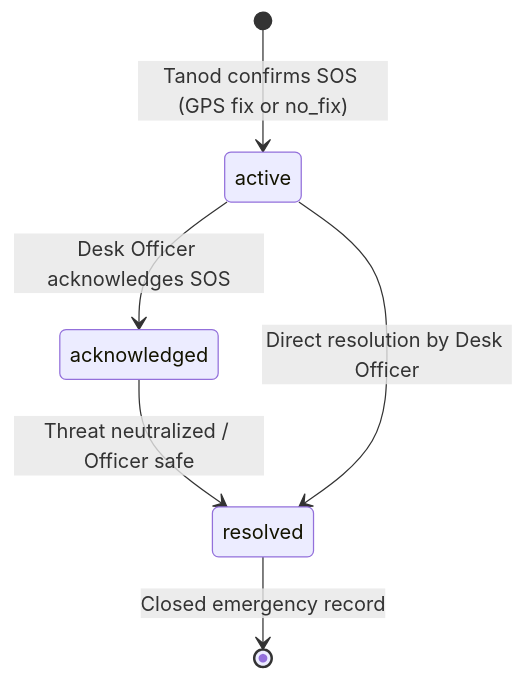
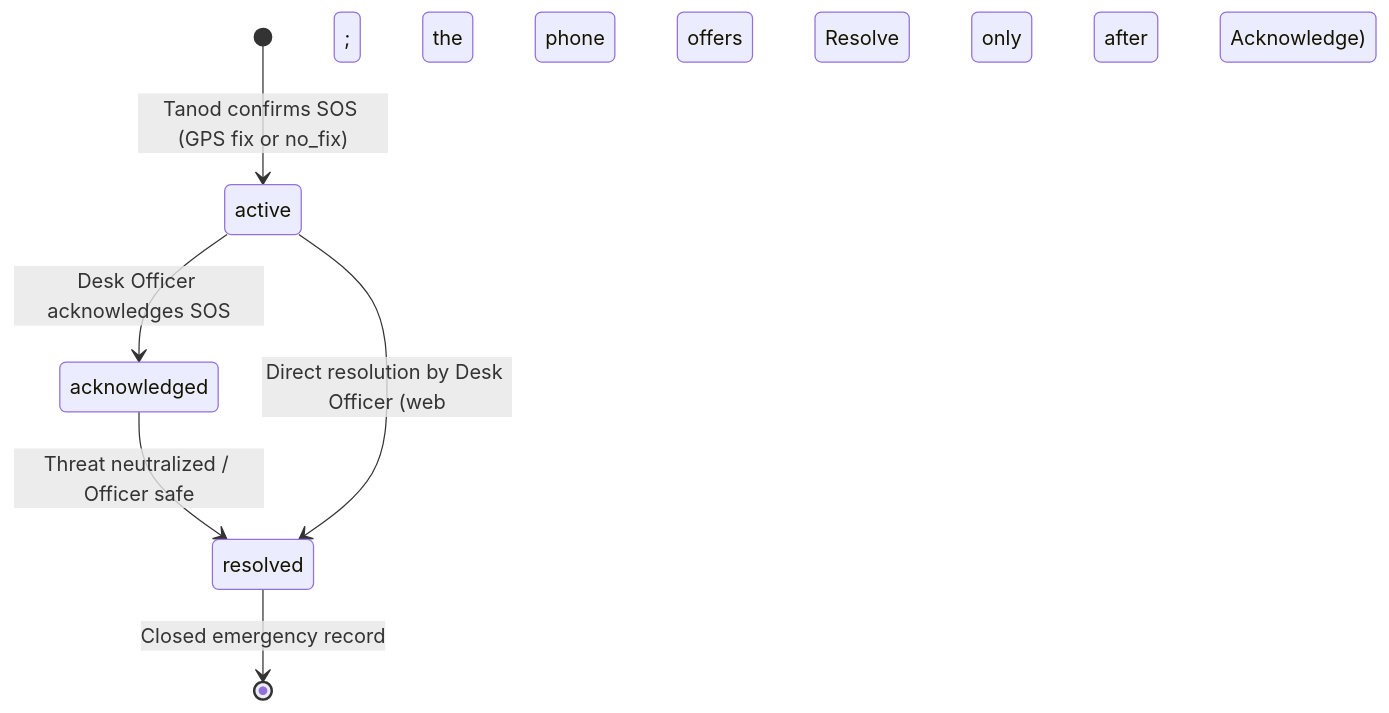
Diagram 12 of 13 in docs/WORKFLOWS_AND_RULES.md (jpbuenosaires/Baranguard), drawn with Mermaid before and after one commit. The commit also changed other lines of this file and 43 other files, not shown here.

````diff
--- a/docs/WORKFLOWS_AND_RULES.md
+++ b/docs/WORKFLOWS_AND_RULES.md
@@ -363,8 +363,8 @@
 ```mermaid
 stateDiagram-v2
     [*] --> active : Tanod confirms SOS (GPS fix or no_fix)
     active --> acknowledged : Desk Officer acknowledges SOS
     acknowledged --> resolved : Threat neutralized / Officer safe
-    active --> resolved : Direct resolution by Desk Officer
+    active --> resolved : Direct resolution by Desk Officer (web; the phone offers Resolve only after Acknowledge)
     resolved --> [*] : Closed emergency record
 ```
````
